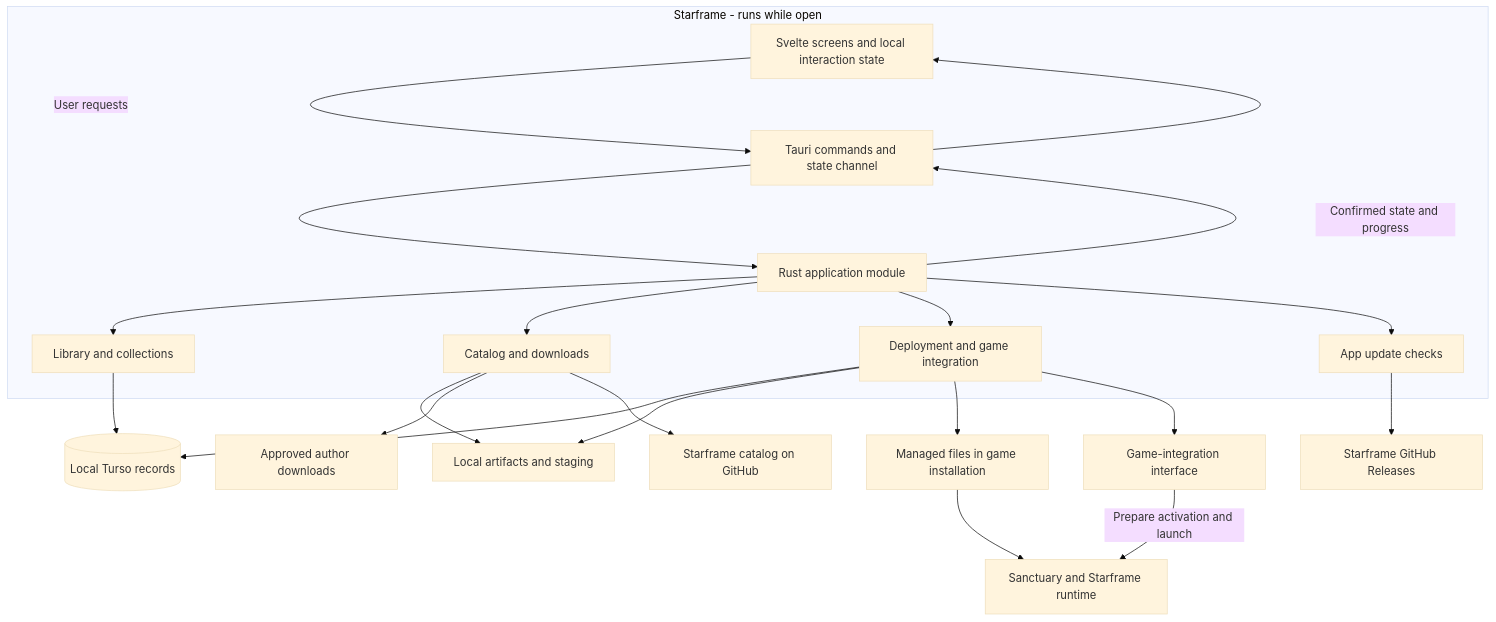
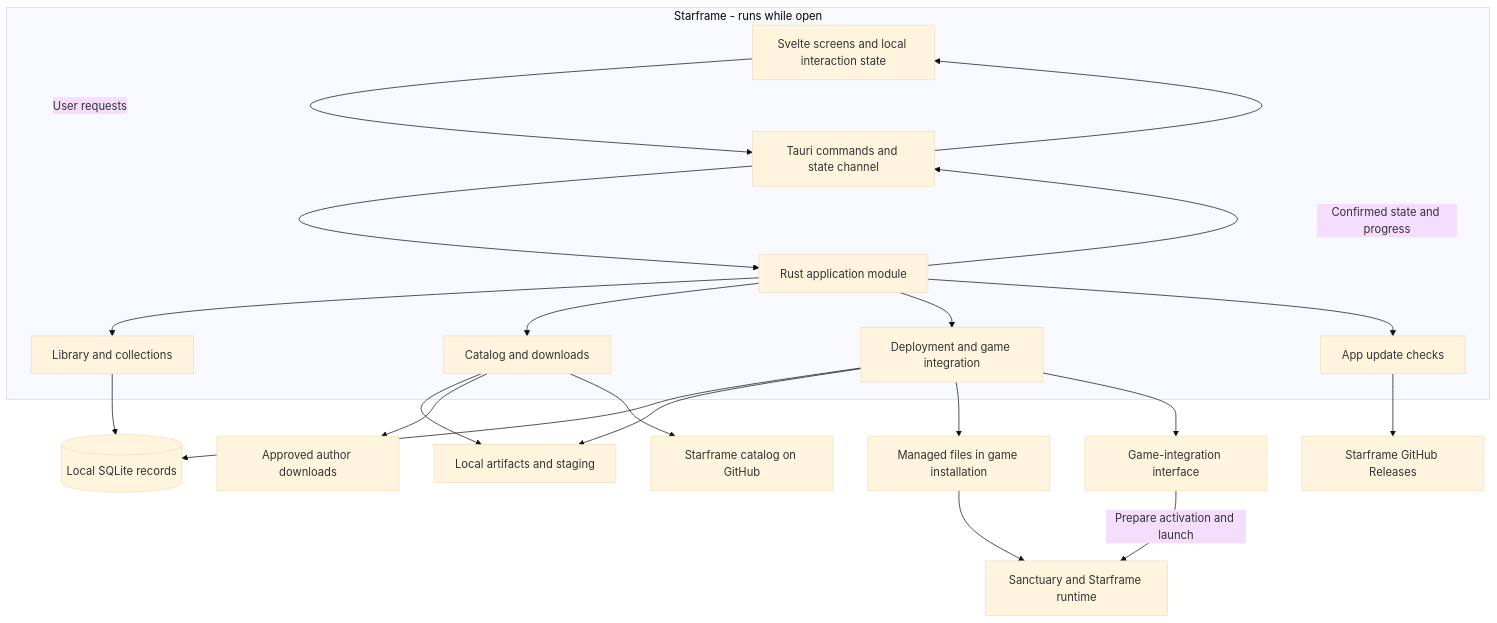
The first of 8 diagrams in ARCHITECTURE.md (Mastervoliumpl/Starframe), drawn with Mermaid (base theme) before and after one commit. The commit also changed other lines of this file and 10 other files, not shown here.

````diff
--- a/ARCHITECTURE.md
+++ b/ARCHITECTURE.md
@@ -35,31 +35,31 @@
 ```mermaid
 flowchart TB
     subgraph App[Starframe - runs while open]
         UI[Svelte screens and local interaction state]
         IPC[Tauri commands and state channel]
         Core[Rust application module]
         Library[Library and collections]
         Catalog[Catalog and downloads]
         Deploy[Deployment and game integration]
         Updates[App update checks]
         UI -->|User requests| IPC
         IPC --> Core
         Core --> Library
         Core --> Catalog
         Core --> Deploy
         Core --> Updates
         Core -->|Confirmed state and progress| IPC
         IPC --> UI
     end
-    Library --> DB[(Local Turso records)]
+    Library --> DB[(Local SQLite records)]
     Catalog --> Files[Local artifacts and staging]
     Catalog --> Authors[Approved author downloads]
     Catalog --> Index[Starframe catalog on GitHub]
     Updates --> Releases[Starframe GitHub Releases]
     Deploy --> DB
     Deploy --> Files
     Deploy --> GameFiles[Managed files in game installation]
     Deploy --> Integration[Game-integration interface]
     Integration -->|Prepare activation and launch| Game[Sanctuary and Starframe runtime]
     GameFiles --> Game
 ```
````
